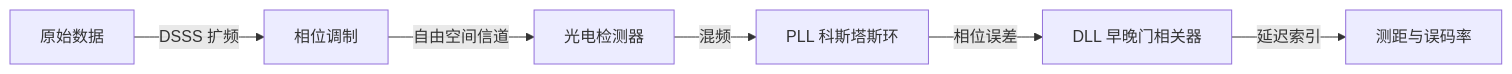
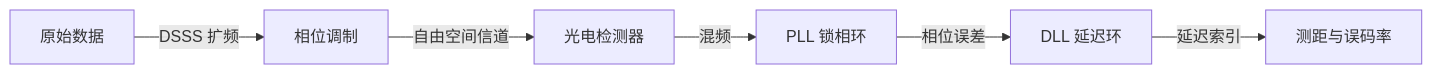
Before and after one commit to sleeve5/Protocol-for-TQ: the second of 2 diagrams in readme.md, drawn with Mermaid. The commit also changed other lines of this file, not shown here.

````diff
--- a/readme.md
+++ b/readme.md
@@ -67,8 +67,8 @@
 ```mermaid
 graph LR
     Data[原始数据] -->|DSSS 扩频| Mod[相位调制]
     Mod -->|自由空间信道| PD[光电检测器]
-    PD -->|混频| PLL[PLL 科斯塔斯环]
-    PLL -->|相位误差| DLL[DLL 早晚门相关器]
+    PD -->|混频| PLL[PLL 锁相环]
+    PLL -->|相位误差| DLL[DLL 延迟环]
     DLL -->|延迟索引| Result[测距与误码率]
 ```
````
